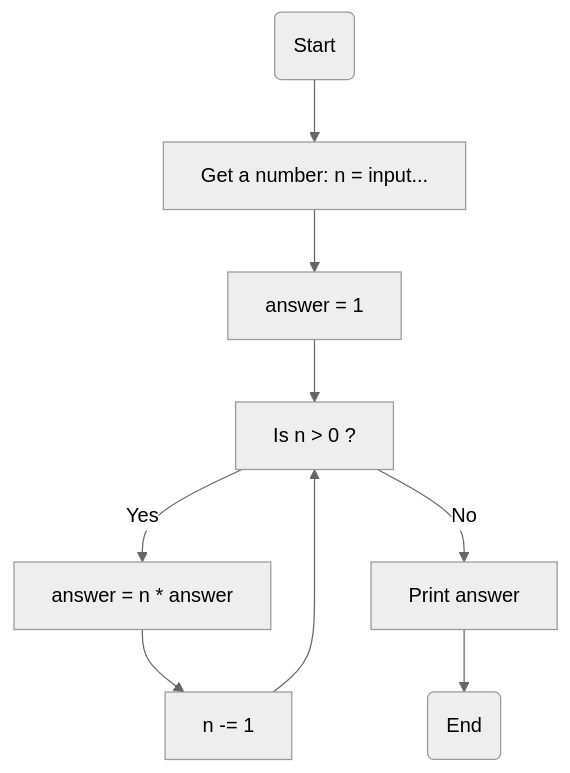
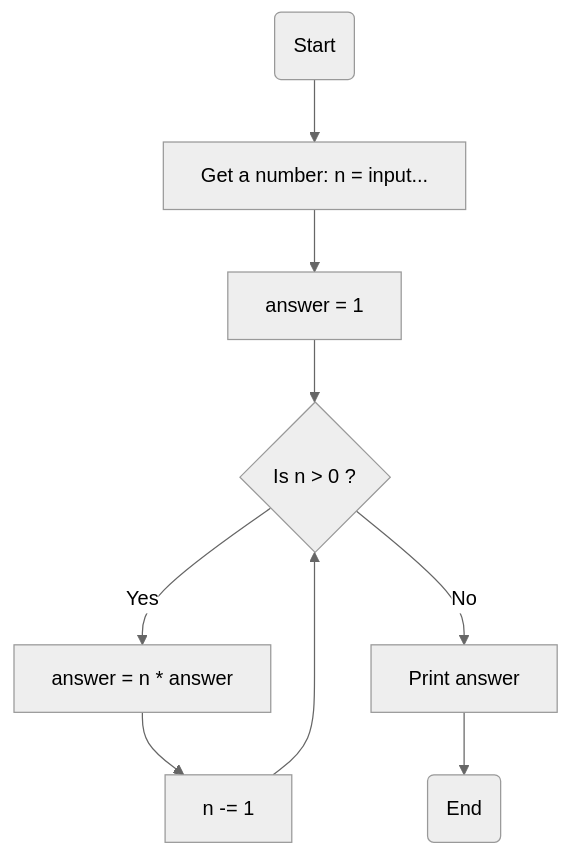
Before and after one commit to hayyaun/kids: the diagram in exercises/exercise-3-1.md, drawn with Mermaid (neutral theme). The commit also changed other lines of this file, not shown here.

````diff
--- a/exercises/exercise-3-1.md
+++ b/exercises/exercise-3-1.md
@@ -17,11 +30,11 @@
 ```mermaid
 flowchart TD
     A(Start) --> B[Get a number: n = input...]
     B --> C[answer = 1]
-    C --> D[Is n > 0 ?]
+    C --> D{Is n > 0 ?}
     D -- Yes --> E[answer = n * answer]
     E --> F[n -= 1]
     F --> D
     D -- No --> G[Print answer]
     G --> H(End)
 ```
````
